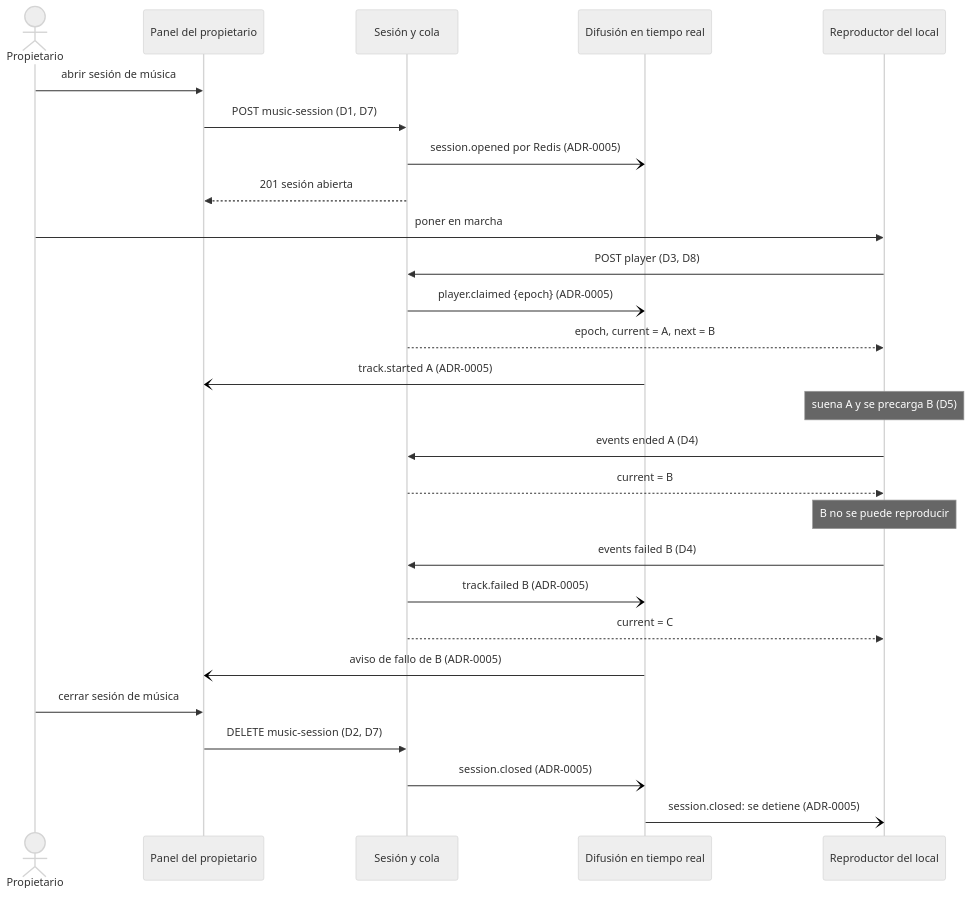
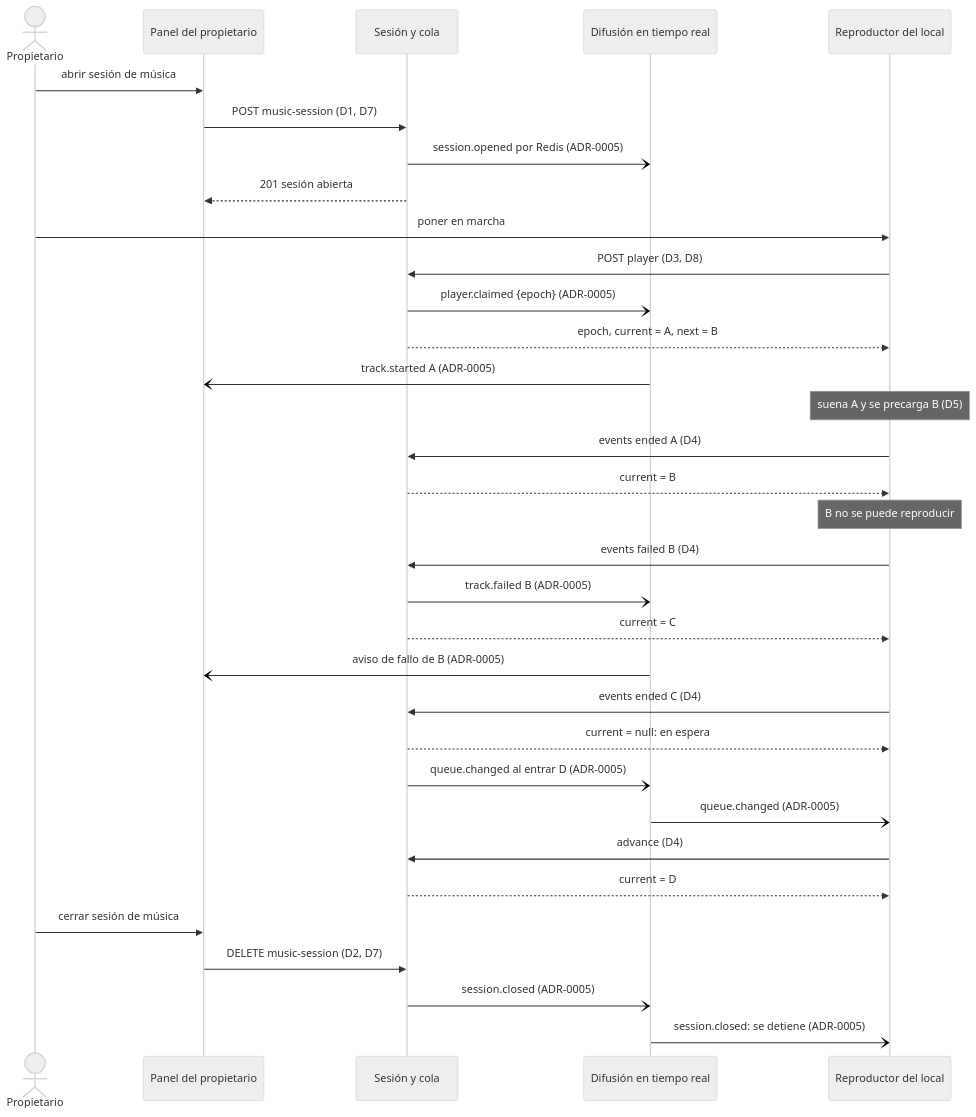
Before and after one commit to esilval/my-playlist: the first of 3 diagrams in specs/002-sesion-musica-reproductor-local/plan.md, drawn with Mermaid (neutral theme). The commit also changed other lines of this file and 33 other files, not shown here.

````diff
--- a/specs/002-sesion-musica-reproductor-local/plan.md
+++ b/specs/002-sesion-musica-reproductor-local/plan.md
@@ -297,29 +305,35 @@
 ```mermaid
 sequenceDiagram
   actor U as Propietario
   participant C7 as Panel del propietario
   participant C2 as Sesión y cola
   participant C6 as Difusión en tiempo real
   participant C4 as Reproductor del local
   U->>C7: abrir sesión de música
   C7->>C2: POST music-session (D1, D7)
   C2-)C6: session.opened por Redis (ADR-0005)
   C2-->>C7: 201 sesión abierta
   U->>C4: poner en marcha
   C4->>C2: POST player (D3, D8)
   C2-)C6: player.claimed {epoch} (ADR-0005)
   C2-->>C4: epoch, current = A, next = B
   C6-)C7: track.started A (ADR-0005)
   Note over C4: suena A y se precarga B (D5)
   C4->>C2: events ended A (D4)
   C2-->>C4: current = B
   Note over C4: B no se puede reproducir
   C4->>C2: events failed B (D4)
   C2-)C6: track.failed B (ADR-0005)
   C2-->>C4: current = C
   C6-)C7: aviso de fallo de B (ADR-0005)
+  C4->>C2: events ended C (D4)
+  C2-->>C4: current = null: en espera
+  C2-)C6: queue.changed al entrar D (ADR-0005)
+  C6-)C4: queue.changed (ADR-0005)
+  C4->>C2: advance (D4)
+  C2-->>C4: current = D
   U->>C7: cerrar sesión de música
   C7->>C2: DELETE music-session (D2, D7)
   C2-)C6: session.closed (ADR-0005)
   C6-)C4: session.closed: se detiene (ADR-0005)
 ```
````
